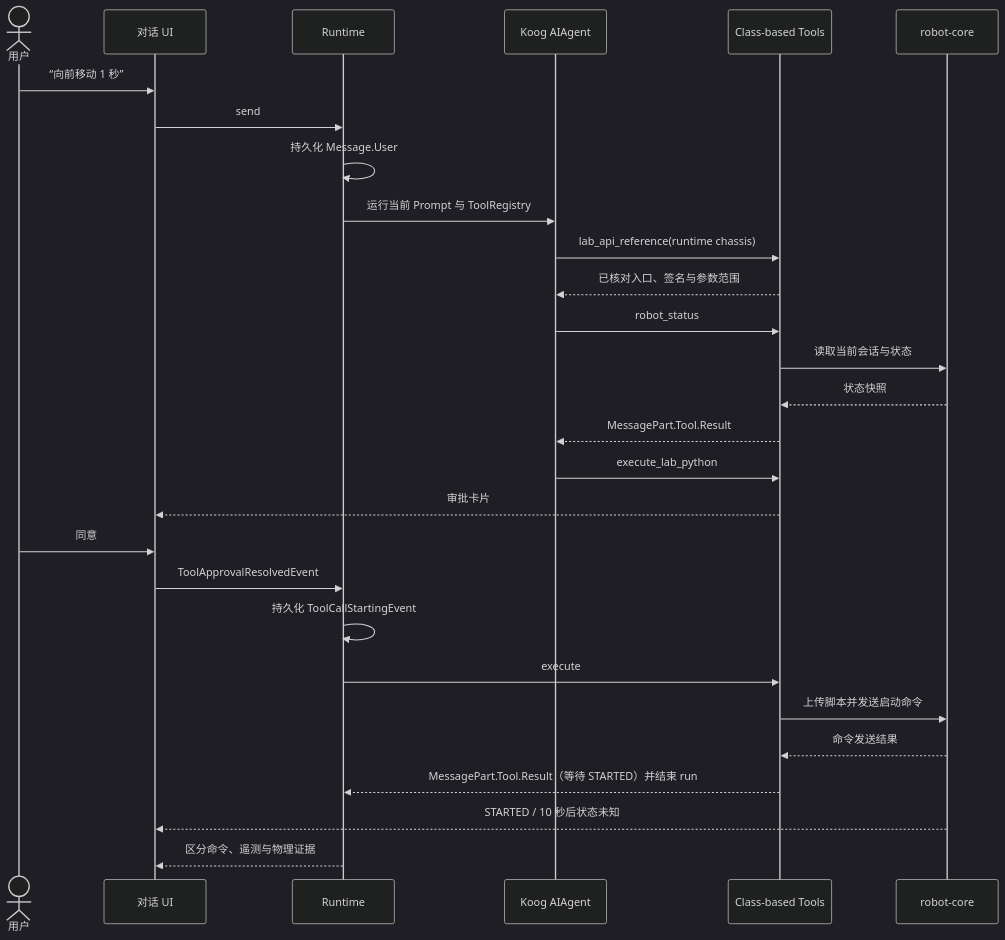
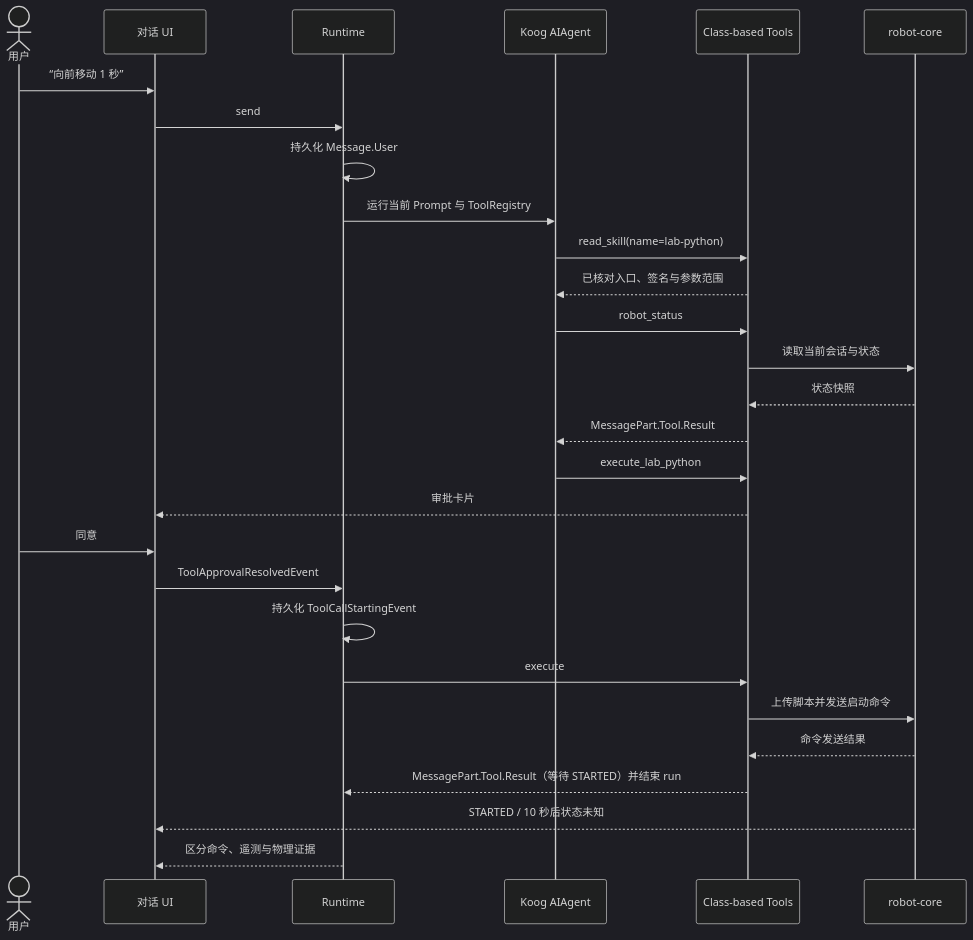
One commit to elonzh/hanppie changed the fourth of 5 diagrams in docs/conversation-agent-product-design.md. Above: the diagram before and after it, drawn with Mermaid (dark theme). The commit also changed other lines of this file and 27 other files, not shown here.

````diff
--- a/docs/conversation-agent-product-design.md
+++ b/docs/conversation-agent-product-design.md
@@ -176,31 +176,31 @@
 ```mermaid
 sequenceDiagram
     actor U as 用户
     participant UI as 对话 UI
     participant R as Runtime
     participant A as Koog AIAgent
     participant T as Class-based Tools
     participant B as robot-core
 
     U->>UI: “向前移动 1 秒”
     UI->>R: send
     R->>R: 持久化 Message.User
     R->>A: 运行当前 Prompt 与 ToolRegistry
-    A->>T: lab_api_reference(runtime chassis)
+    A->>T: read_skill(name=lab-python)
     T-->>A: 已核对入口、签名与参数范围
     A->>T: robot_status
     T->>B: 读取当前会话与状态
     B-->>T: 状态快照
     T-->>A: MessagePart.Tool.Result
     A->>T: execute_lab_python
     T-->>UI: 审批卡片
     U->>UI: 同意
     UI->>R: ToolApprovalResolvedEvent
     R->>R: 持久化 ToolCallStartingEvent
     R->>T: execute
     T->>B: 上传脚本并发送启动命令
     B-->>T: 命令发送结果
     T-->>R: MessagePart.Tool.Result（等待 STARTED）并结束 run
     B-->>UI: STARTED / 10 秒后状态未知
     R-->>UI: 区分命令、遥测与物理证据
 ```
````
